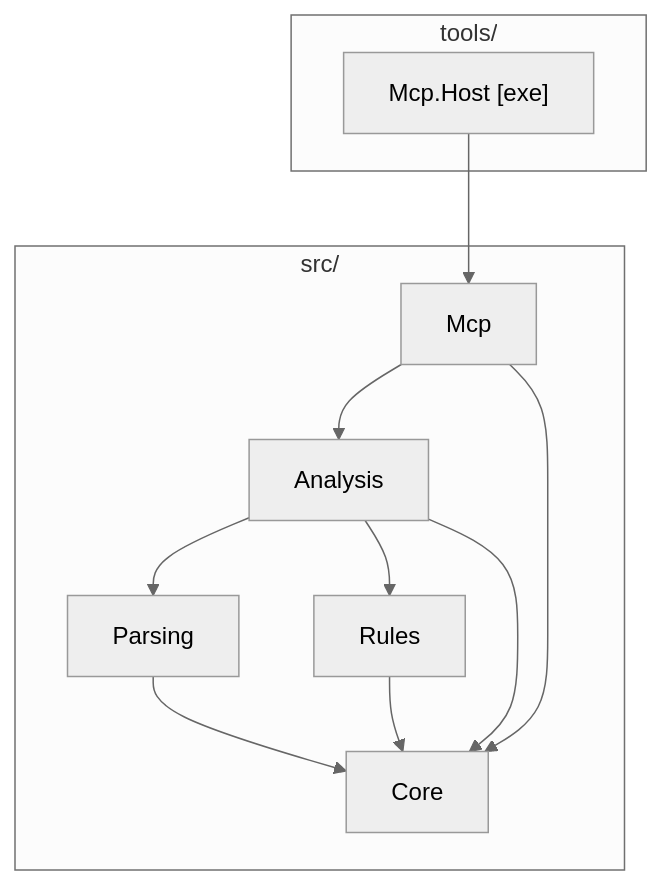
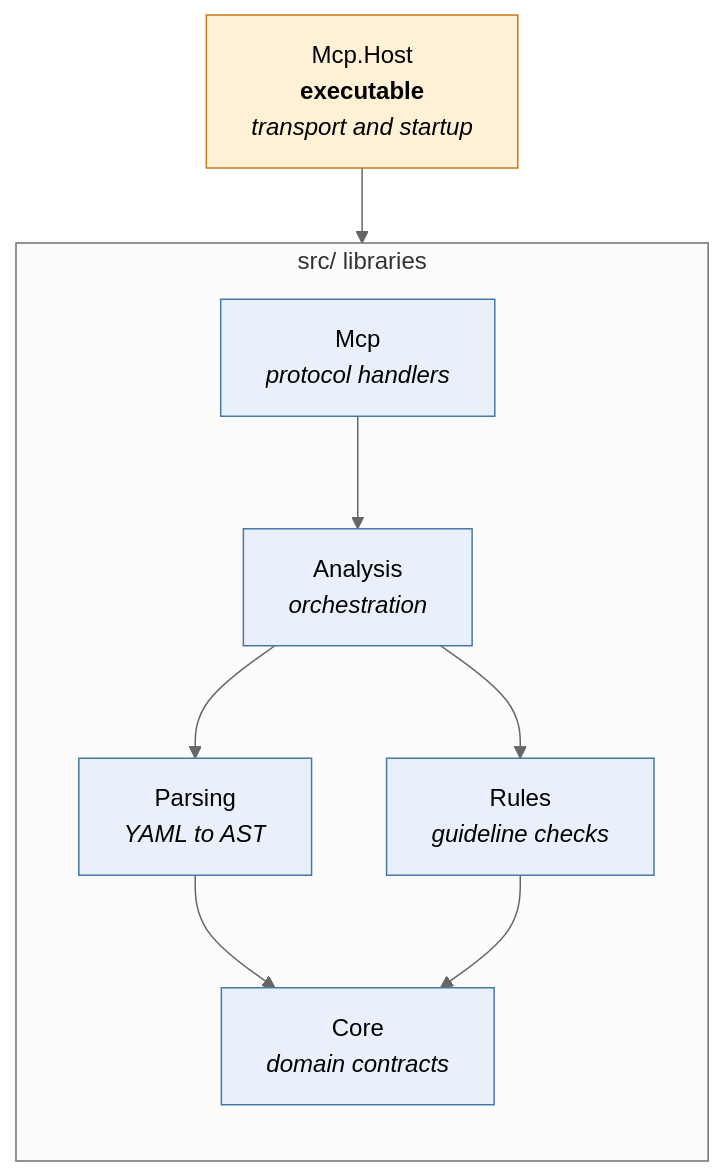
One commit to ruijarimba/azure-pipelines-guidelines-ai-mcp changed the diagram in docs/architecture.md. Above: the diagram before and after it, drawn with Mermaid (neutral theme). The commit also changed other lines of this file and 1 other file, not shown here.

````diff
--- a/docs/architecture.md
+++ b/docs/architecture.md
@@ -42,21 +21,26 @@
 ```mermaid
-graph TD
-    subgraph src["src/"]
-        Core["Core"]
-        Parsing["Parsing"]
-        Rules["Rules"]
-        Analysis["Analysis"]
-        Mcp["Mcp"]
+flowchart TB
+    Host["Mcp.Host<br/><b>executable</b><br/><i>transport and startup</i>"]
+
+    subgraph src["src/ libraries"]
+        direction TB
+        Mcp["Mcp<br/><i>protocol handlers</i>"]
+        Analysis["Analysis<br/><i>orchestration</i>"]
+        Parsing["Parsing<br/><i>YAML to AST</i>"]
+        Rules["Rules<br/><i>guideline checks</i>"]
+        Core["Core<br/><i>domain contracts</i>"]
     end
-    subgraph tools["tools/"]
-        McpHost["Mcp.Host [exe]"]
-    end
+
+    Host --> Mcp
+    Mcp --> Analysis
+    Analysis --> Parsing
+    Analysis --> Rules
     Parsing --> Core
     Rules --> Core
-    Analysis --> Core
-    Analysis --> Parsing
-    Analysis --> Rules
-    Mcp --> Core
-    Mcp --> Analysis
-    McpHost --> Mcp
+
+    classDef internal fill:#e8f1fb,stroke:#4778a8,stroke-width:1px
+    classDef executable fill:#fff1d6,stroke:#c47b18,stroke-width:1px
+
+    class Mcp,Analysis,Parsing,Rules,Core internal
+    class Host executable
 ```
````
